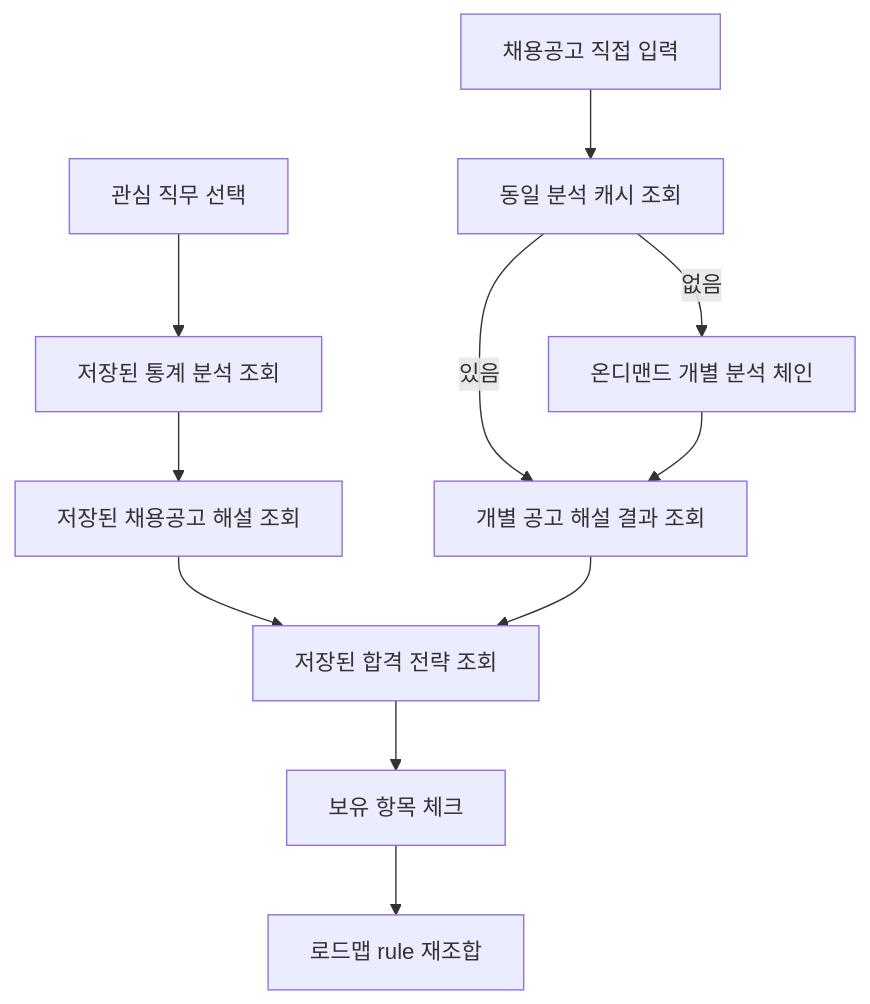
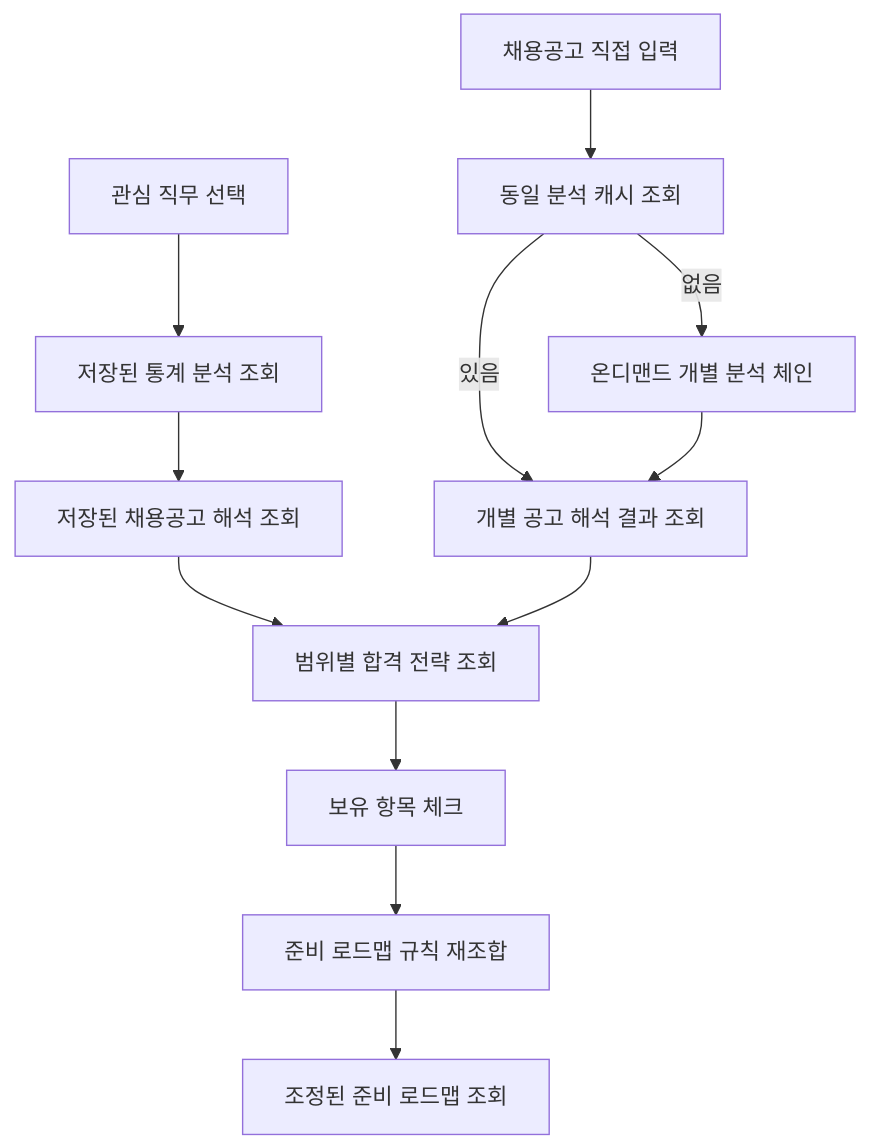
One commit to Mureung1/hub-showcase changed the diagram in docs/plan.md. Above: the diagram before and after it, drawn with Mermaid. The commit also changed other lines of this file and 9 other files, not shown here.

Commit message:
docs: rename posting interpretation and refine architecture

````diff
--- a/docs/plan.md
+++ b/docs/plan.md
@@ -177,13 +177,14 @@
 ```mermaid
 flowchart TD
     A["관심 직무 선택"] --> B["저장된 통계 분석 조회"]
-    B --> C["저장된 채용공고 해설 조회"]
-    C --> D["저장된 합격 전략 조회"]
+    B --> C["저장된 채용공고 해석 조회"]
+    C --> D["범위별 합격 전략 조회"]
     D --> E["보유 항목 체크"]
-    E --> F["로드맵 rule 재조합"]
+    E --> F["준비 로드맵 규칙 재조합"]
+    F --> G["조정된 준비 로드맵 조회"]
     X["채용공고 직접 입력"] --> Y["동일 분석 캐시 조회"]
-    Y -->|있음| Z["개별 공고 해설 결과 조회"]
+    Y -->|있음| Z["개별 공고 해석 결과 조회"]
     Y -->|없음| O["온디맨드 개별 분석 체인"]
     O --> Z
     Z --> D
 ```
````
